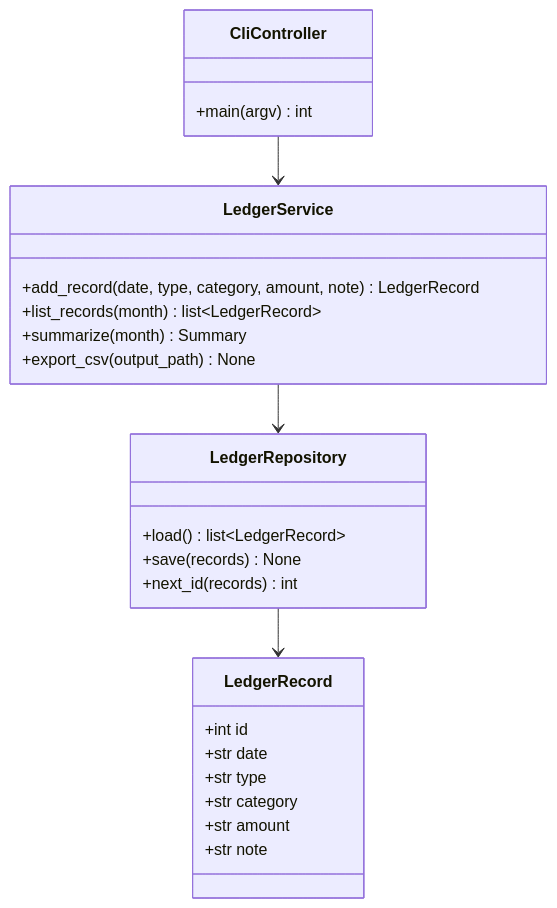
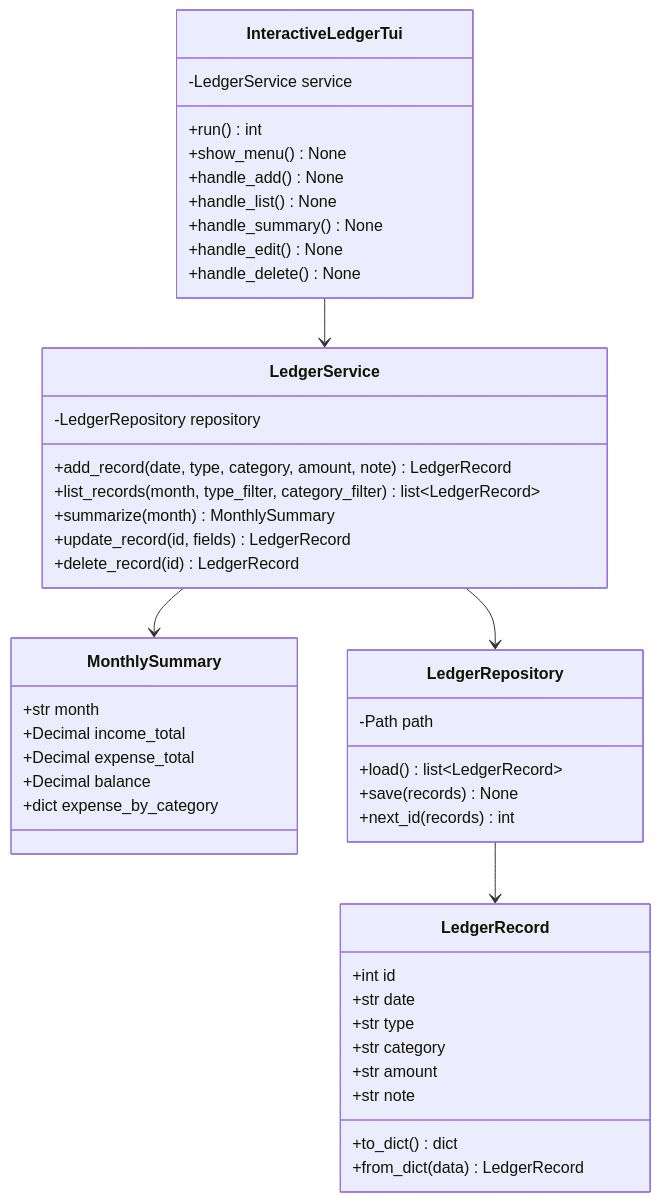
Before and after one commit to JerryChen-USTB/CodeAgent: the second of 7 diagrams in benchmark/selfbuilt/cases/02_personal_ledger/input/design_model.md, drawn with Mermaid. The commit also changed other lines of this file and 67 other files, not shown here.

````diff
--- a/benchmark/selfbuilt/cases/02_personal_ledger/input/design_model.md
+++ b/benchmark/selfbuilt/cases/02_personal_ledger/input/design_model.md
@@ -5,32 +82,53 @@
 ```mermaid
 classDiagram
     class LedgerRecord {
       +int id
       +str date
       +str type
       +str category
       +str amount
       +str note
+      +to_dict() dict
+      +from_dict(data) LedgerRecord
+    }
+
+    class MonthlySummary {
+      +str month
+      +Decimal income_total
+      +Decimal expense_total
+      +Decimal balance
+      +dict expense_by_category
     }
 
     class LedgerRepository {
+      -Path path
       +load() list~LedgerRecord~
       +save(records) None
       +next_id(records) int
     }
 
     class LedgerService {
+      -LedgerRepository repository
       +add_record(date, type, category, amount, note) LedgerRecord
-      +list_records(month) list~LedgerRecord~
-      +summarize(month) Summary
-      +export_csv(output_path) None
+      +list_records(month, type_filter, category_filter) list~LedgerRecord~
+      +summarize(month) MonthlySummary
+      +update_record(id, fields) LedgerRecord
+      +delete_record(id) LedgerRecord
     }
 
-    class CliController {
-      +main(argv) int
+    class InteractiveLedgerTui {
+      -LedgerService service
+      +run() int
+      +show_menu() None
+      +handle_add() None
+      +handle_list() None
+      +handle_summary() None
+      +handle_edit() None
+      +handle_delete() None
     }
 
     LedgerRepository --> LedgerRecord
     LedgerService --> LedgerRepository
-    CliController --> LedgerService
+    LedgerService --> MonthlySummary
+    InteractiveLedgerTui --> LedgerService
 ```
````
